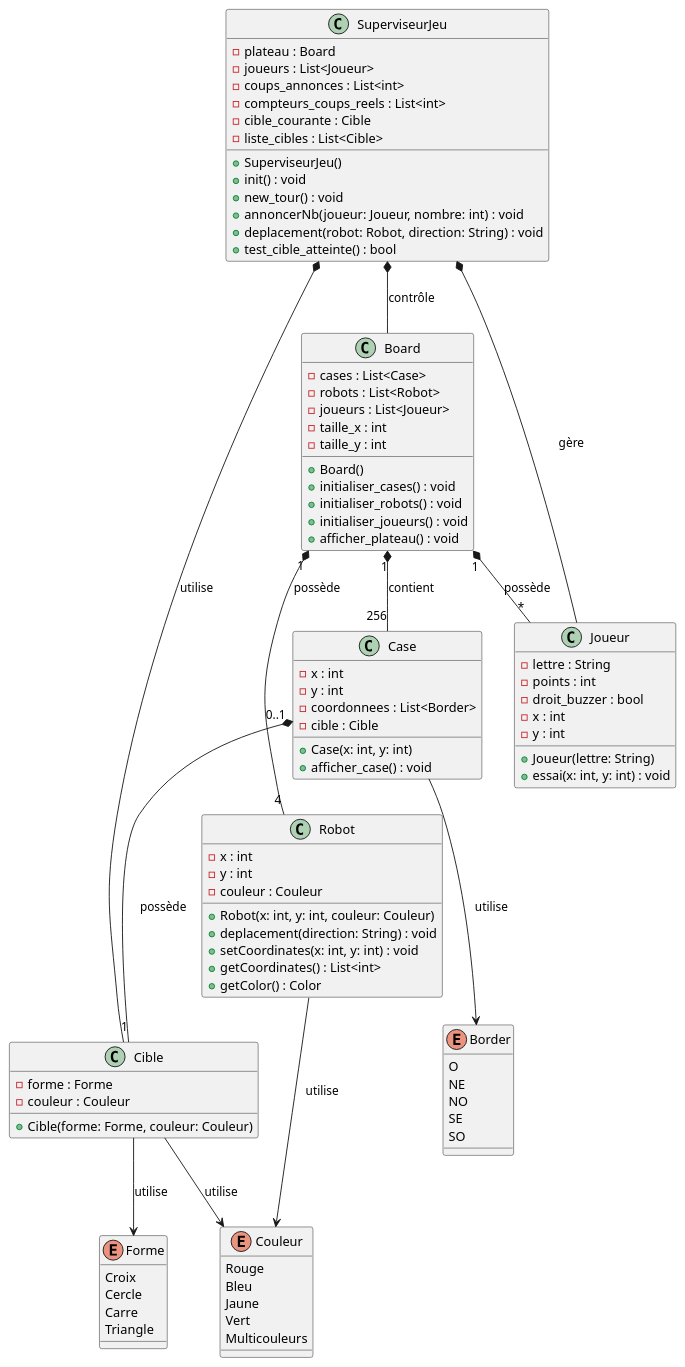
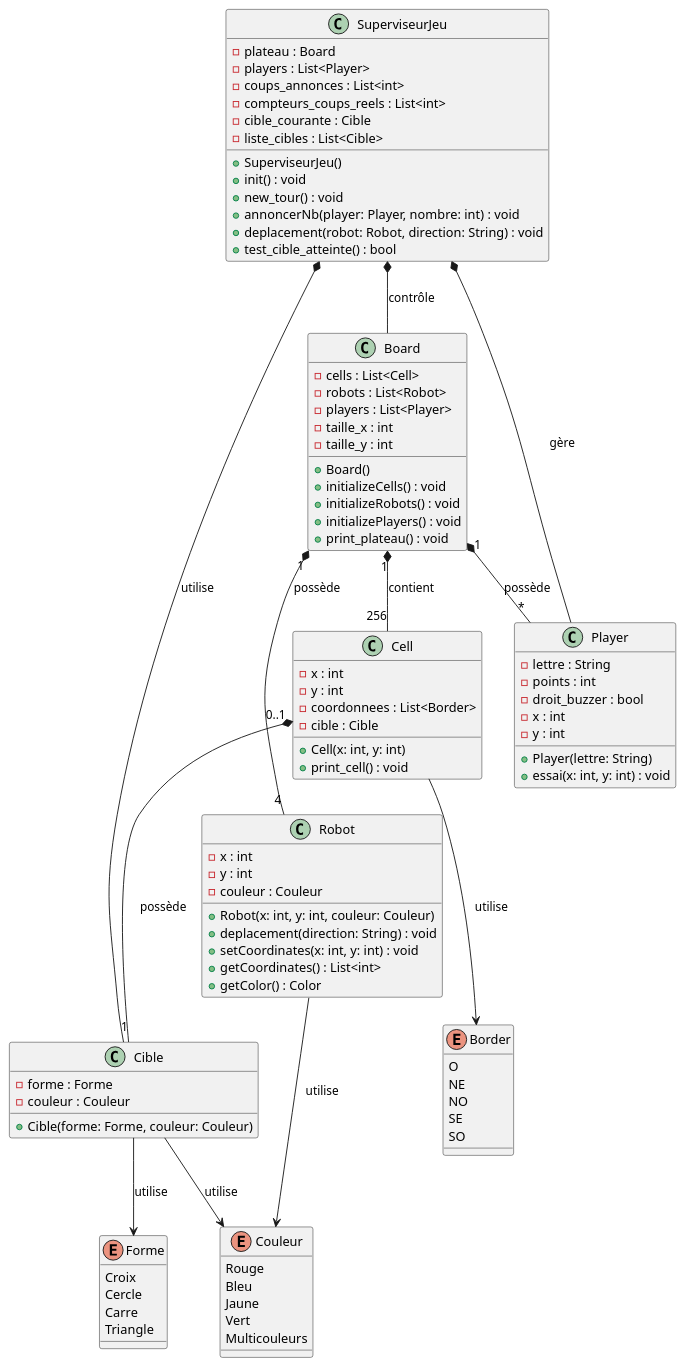
Before and after one commit to Philippeocloo/tp11-note-philips-_and_cau: the diagram in uml/uml_diagram_class.wsd, drawn with PlantUML. The commit also changed 6 other files, not shown here.

Commit message:
MAJ Case (Cell) + passage en anglais

```diff
--- a/uml/uml_diagram_class.wsd
+++ b/uml/uml_diagram_class.wsd
@@ -1,102 +1,102 @@
 @startuml Board
 
 enum Border {
     O
     NE
     NO
     SE
     SO
 }
 
 enum Couleur {
     Rouge
     Bleu
     Jaune
     Vert
     Multicouleurs
 }
 
 enum Forme {
     Croix
     Cercle
     Carre
     Triangle
 }
 
 class Board {
-    - cases : List<Case>
+    - cells : List<Cell>
     - robots : List<Robot>
-    - joueurs : List<Joueur>
+    - players : List<Player>
     - taille_x : int
     - taille_y : int
     + Board()
-    + initialiser_cases() : void
-    + initialiser_robots() : void
-    + initialiser_joueurs() : void
-    + afficher_plateau() : void
+    + initializeCells() : void
+    + initializeRobots() : void
+    + initializePlayers() : void
+    + print_plateau() : void
 }
 
-class Case {
+class Cell {
     - x : int
     - y : int
     - coordonnees : List<Border>
     - cible : Cible
-    + Case(x: int, y: int)
-    + afficher_case() : void
+    + Cell(x: int, y: int)
+    + print_cell() : void
 }
 
 class Cible {
     - forme : Forme
     - couleur : Couleur
     + Cible(forme: Forme, couleur: Couleur)
 }
 
 class Robot {
     - x : int
     - y : int
     - couleur : Couleur
     + Robot(x: int, y: int, couleur: Couleur)
     + deplacement(direction: String) : void
     + setCoordinates(x: int, y: int) : void
     + getCoordinates() : List<int>
     + getColor() : Color
 }
 
-class Joueur {
+class Player {
     - lettre : String
     - points : int
     - droit_buzzer : bool
     - x : int
     - y : int
-    + Joueur(lettre: String)
+    + Player(lettre: String)
     + essai(x: int, y: int) : void
 }
 
 class SuperviseurJeu {
     - plateau : Board
-    - joueurs : List<Joueur>
+    - players : List<Player>
     - coups_annonces : List<int>
     - compteurs_coups_reels : List<int>
     - cible_courante : Cible
     - liste_cibles : List<Cible>
     + SuperviseurJeu()
     + init() : void
     + new_tour() : void
-    + annoncerNb(joueur: Joueur, nombre: int) : void
+    + annoncerNb(player: Player, nombre: int) : void
     + deplacement(robot: Robot, direction: String) : void
     + test_cible_atteinte() : bool
 }
 
-Board "1" *-- "256" Case : contient
+Board "1" *-- "256" Cell : contient
 Board "1" *-- "4" Robot : possède
-Board "1" *-- "*" Joueur : possède
-Case --> Border : utilise
-Case "0..1" *-- "1" Cible : possède
+Board "1" *-- "*" Player : possède
+Cell --> Border : utilise
+Cell "0..1" *-- "1" Cible : possède
 Robot --> Couleur : utilise
 Cible --> Couleur : utilise
 Cible --> Forme : utilise
 SuperviseurJeu *-- Board : contrôle
-SuperviseurJeu *-- Joueur : gère
+SuperviseurJeu *-- Player : gère
 SuperviseurJeu *-- Cible : utilise
 
 @enduml
```
